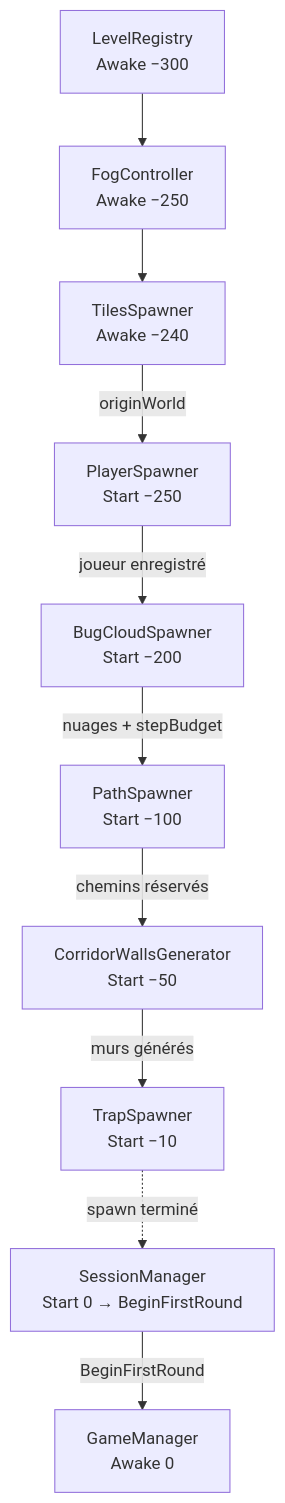
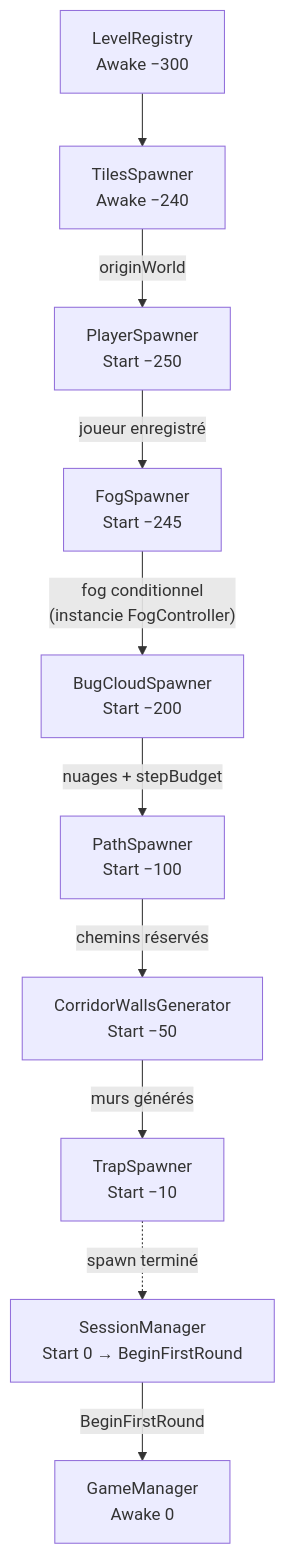
One commit to PierreChagnon/BUGS changed the first of 17 diagrams in Docs/TDD.md. Above: the diagram before and after it, drawn with Mermaid. The commit also changed other lines of this file and 7 other files, not shown here.

Commit message:
[FOG] sprint 1 refacto done. FOW now up to date with new architecture

````diff
--- a/Docs/TDD.md
+++ b/Docs/TDD.md
@@ -69,22 +69,23 @@
 ```mermaid
 graph TD
     LR["LevelRegistry\nAwake −300"]
-    FC["FogController\nAwake −250"]
     TS["TilesSpawner\nAwake −240"]
     GM["GameManager\nAwake 0"]
     PS["PlayerSpawner\nStart −250"]
+    FS["FogSpawner\nStart −245"]
     BCS["BugCloudSpawner\nStart −200"]
     PaS["PathSpawner\nStart −100"]
     CWG["CorridorWallsGenerator\nStart −50"]
     TrS["TrapSpawner\nStart −10"]
     SM["SessionManager\nStart 0 → BeginFirstRound"]
 
-    LR --> FC --> TS
+    LR --> TS
     TS -->|originWorld| PS
-    PS -->|joueur enregistré| BCS
+    PS -->|joueur enregistré| FS
+    FS -->|"fog conditionnel\n(instancie FogController)"| BCS
     BCS -->|nuages + stepBudget| PaS
     PaS -->|chemins réservés| CWG
     CWG -->|murs générés| TrS
     TrS -.->|spawn terminé| SM
     SM -->|BeginFirstRound| GM
 ```
````
